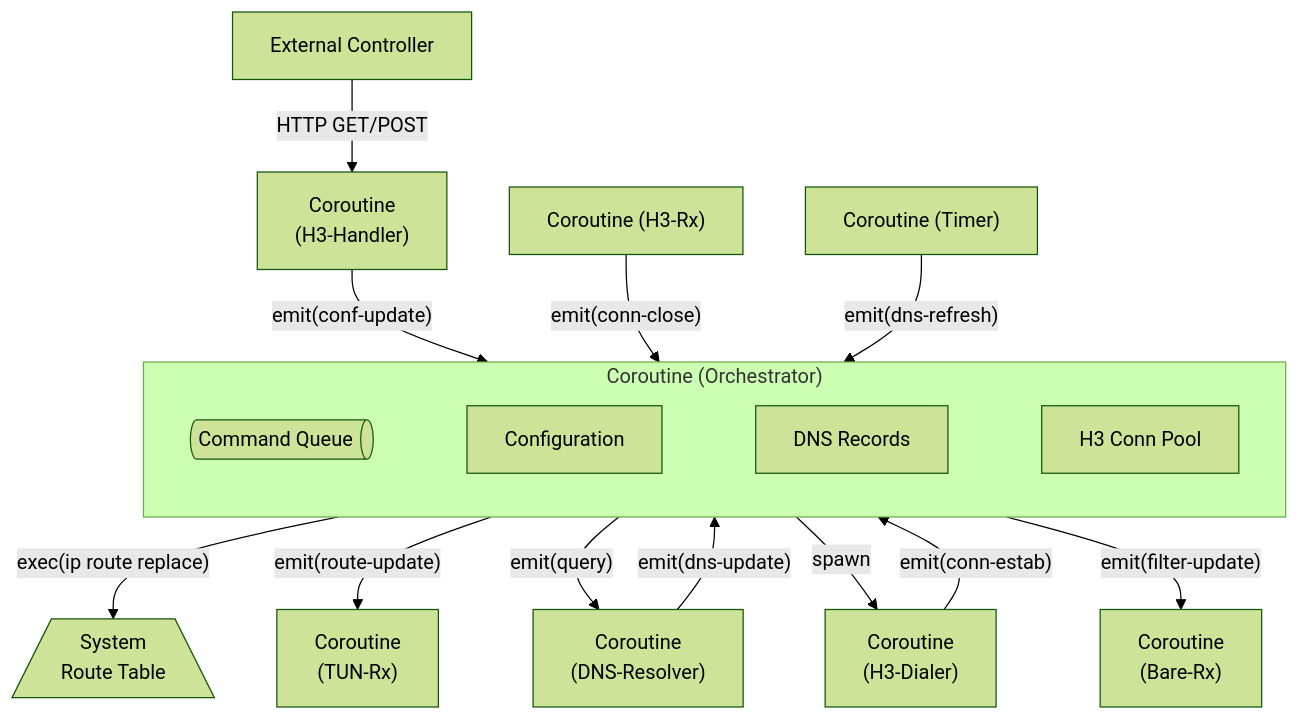
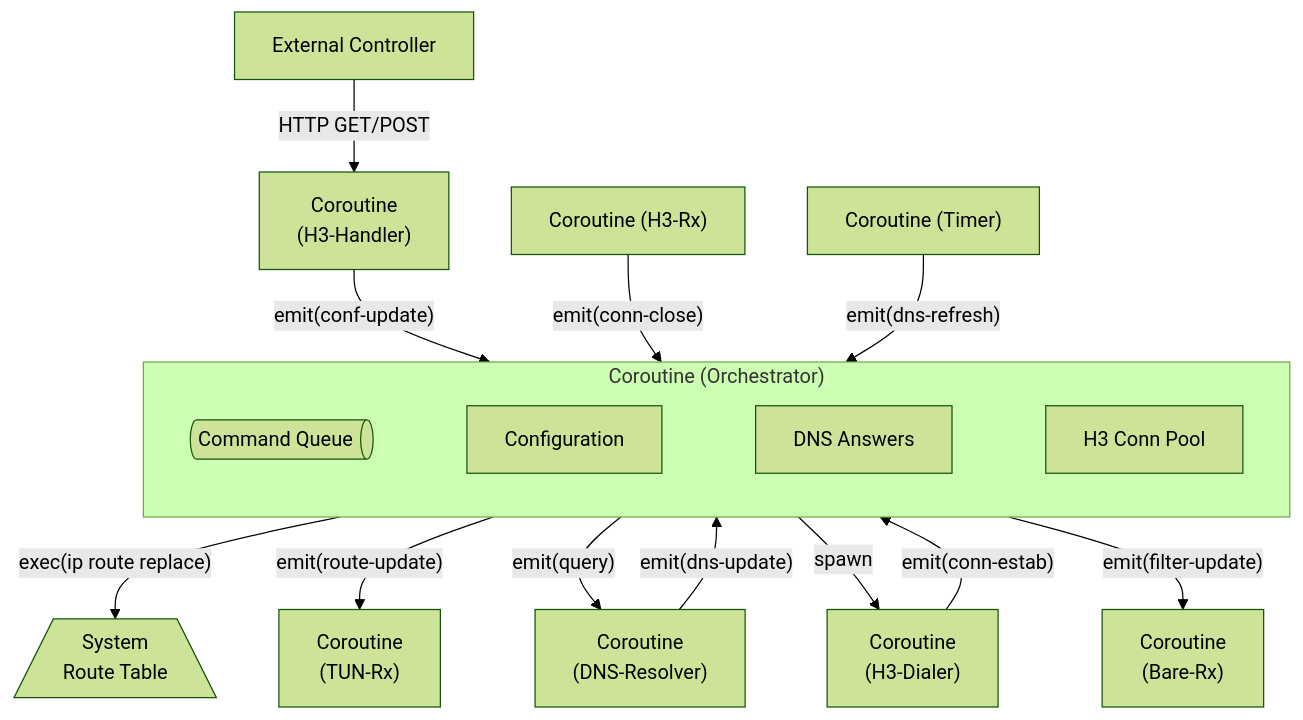
One commit to sands-lab/h3llo changed the third of 3 diagrams in docs/internals.md. Above: the diagram before and after it, drawn with Mermaid (forest theme). The commit also changed other lines of this file and 6 other files, not shown here.

````diff
--- a/docs/internals.md
+++ b/docs/internals.md
@@ -93,31 +93,31 @@
 ```mermaid
 flowchart TB
     subgraph cr-orch["Coroutine (Orchestrator)"]
         oq[Command Queue]@{shape: h-cyl}
         hcp[H3 Conn Pool]
-        dr[DNS Records]
+        dr[DNS Answers]
         conf[Configuration]
         oq ~~~ conf ~~~ dr ~~~ hcp
     end
 
     ctrl["External Controller"]
     cr-h3h["Coroutine<br>(H3-Handler)"]
     cr-h3r["Coroutine (H3-Rx)"]
     cr-timer["Coroutine (Timer)"]
 
     rsys[/System<br>Route Table\]
     cr-tun["Coroutine<br>(TUN-Rx)"]
     cr-bare["Coroutine<br>(Bare-Rx)"]
     cr-dns["Coroutine<br>(DNS-Resolver)"]
     cr-h3d["Coroutine<br>(H3-Dialer)"]
 
     ctrl -- HTTP GET/POST --> cr-h3h -- emit(conf-update) --> cr-orch
     cr-h3r -- emit(conn-close) --> cr-orch
     cr-timer -- emit(dns-refresh) --> cr-orch
     
     cr-orch -- exec(ip route replace) --> rsys
     cr-orch -- emit(route-update) --> cr-tun
     cr-orch -- emit(query) --> cr-dns -- emit(dns-update)--> cr-orch
     cr-orch -- spawn --> cr-h3d -- emit(conn-estab) --> cr-orch
     cr-orch -- emit(filter-update) --> cr-bare
 ```
````
